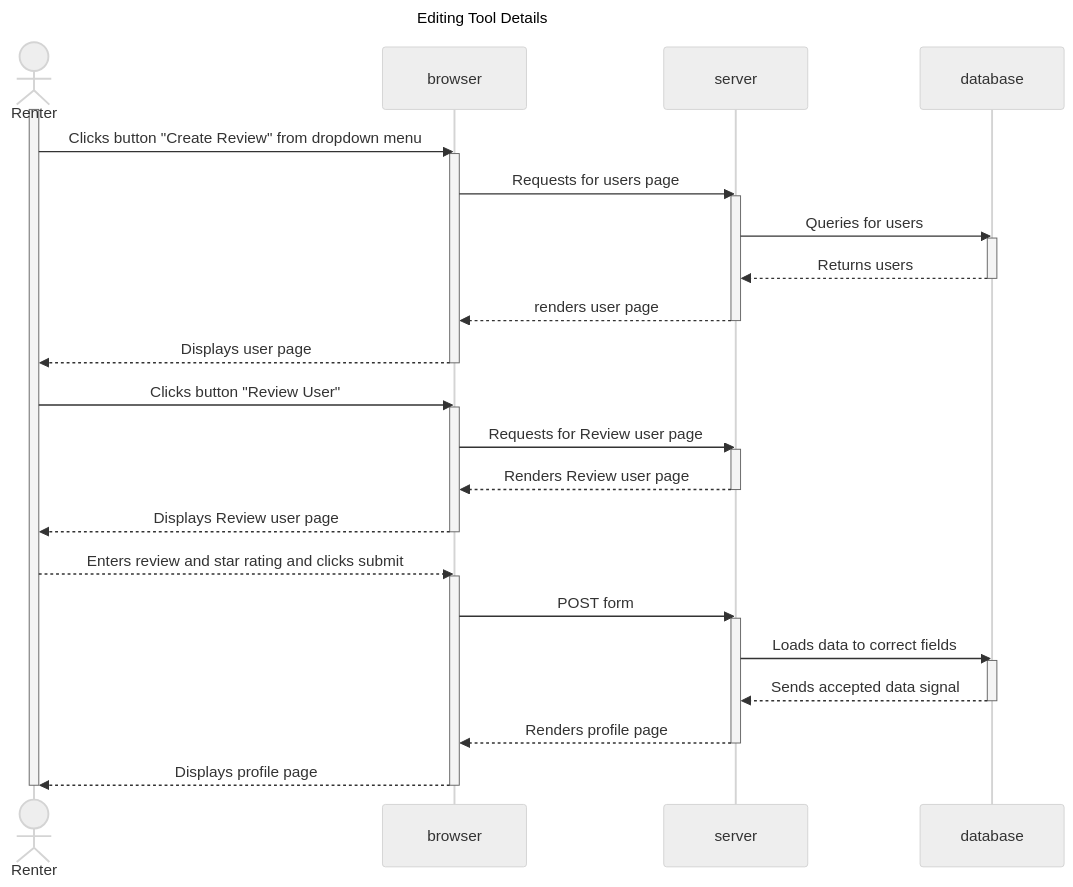
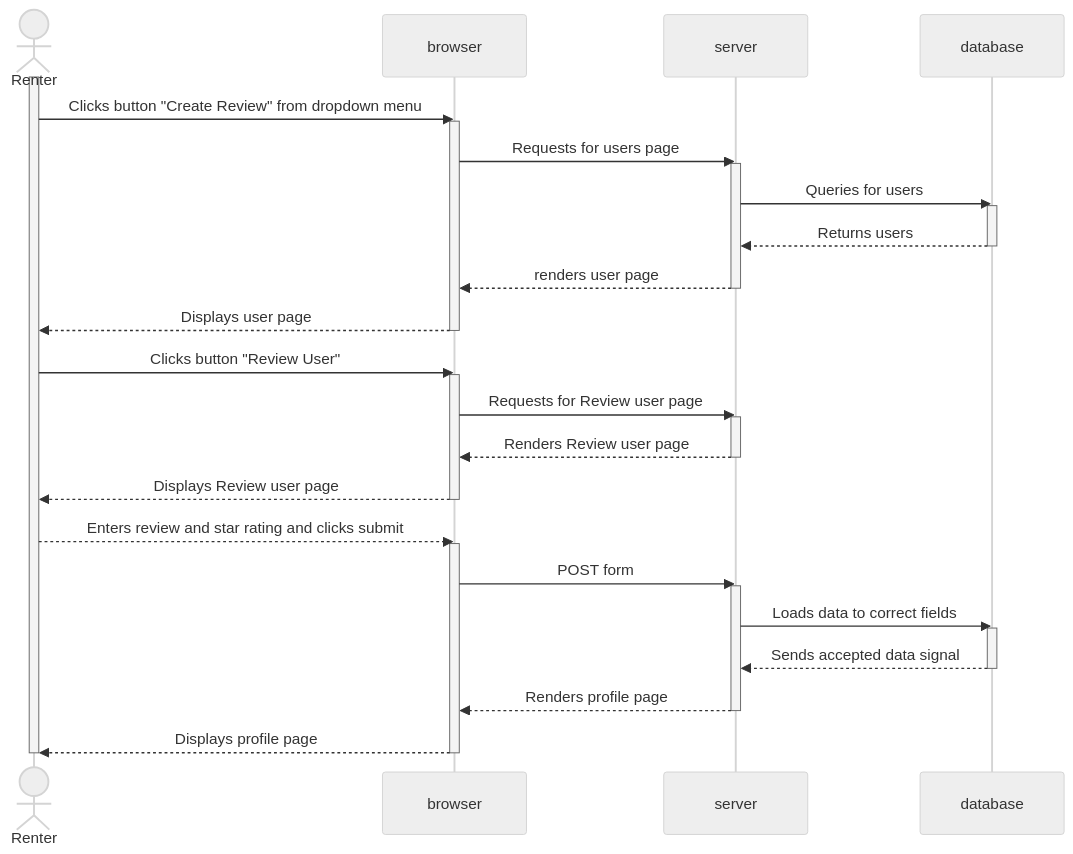
One commit to Capstone-Projects-2023-Spring/project-tool-shed changed the second of 4 diagrams in documentation/docs/system-architecture/design.md. Above: the diagram before and after it, drawn with Mermaid (neutral theme). The commit also changed other lines of this file, not shown here.

Commit message:
removed sequence diagram title

````diff
--- a/documentation/docs/system-architecture/design.md
+++ b/documentation/docs/system-architecture/design.md
@@ -166,42 +166,41 @@
 ```mermaid
     sequenceDiagram
-    title Editing Tool Details
     actor u as Renter
     participant b as browser
     participant s as server
     participant d as database
     activate u
     u ->> b: Clicks button "Create Review" from dropdown menu
     activate b
     b ->> s: Requests for users page
     activate s
     s ->> d: Queries for users
     activate d
     d -->> s: Returns users
     deactivate d
     s -->> b: renders user page
     deactivate s
     b -->> u: Displays user page
     deactivate b
     u ->> b: Clicks button "Review User"
     activate b
     b ->> s: Requests for Review user page 
     activate s
     s -->> b: Renders Review user page 
     deactivate s
     b -->> u: Displays Review user page
     deactivate b
     u -->> b: Enters review and star rating and clicks submit
     activate b
     b ->> s: POST form
     activate s
     s ->> d: Loads data to correct fields
     activate d
     d -->> s: Sends accepted data signal
     deactivate d
     s -->> b: Renders profile page
     deactivate s
     b -->> u: Displays profile page
     deactivate b
     deactivate u
 ```
````
